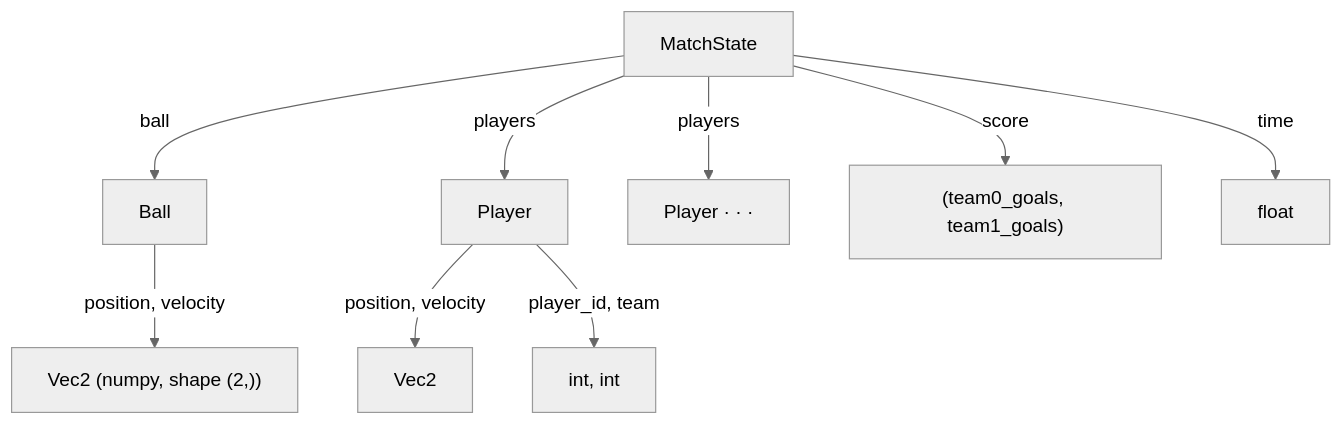
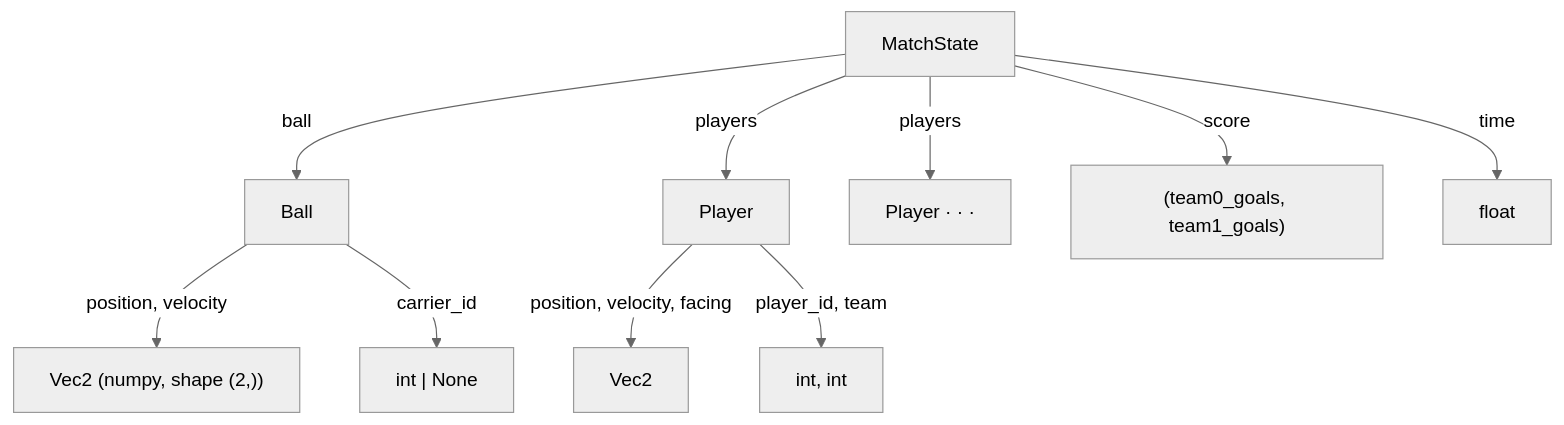
One commit to guivecchi/soccer_simulation changed the first of 2 diagrams in docs/stages/stage1-concepts.md. Above: the diagram before and after it, drawn with Mermaid (neutral theme). The commit also changed other lines of this file and 14 other files, not shown here.

First line of the commit message:
Add ball dribbling/trap/bounce, asymmetric braking, and facing-based kicks

````diff
--- a/docs/stages/stage1-concepts.md
+++ b/docs/stages/stage1-concepts.md
@@ -89,11 +102,12 @@
 ```mermaid
 graph TD
     MatchState -->|ball| Ball
     MatchState -->|players| Player1[Player]
     MatchState -->|players| Player2[Player · · ·]
     MatchState -->|score| Score["(team0_goals, team1_goals)"]
     MatchState -->|time| Time[float]
     Ball -->|position, velocity| BallVec["Vec2 (numpy, shape (2,))"]
-    Player1 -->|position, velocity| PlayerVec["Vec2"]
+    Ball -->|carrier_id| CarrierId["int | None"]
+    Player1 -->|position, velocity, facing| PlayerVec["Vec2"]
     Player1 -->|player_id, team| PlayerMeta["int, int"]
 ```
````
